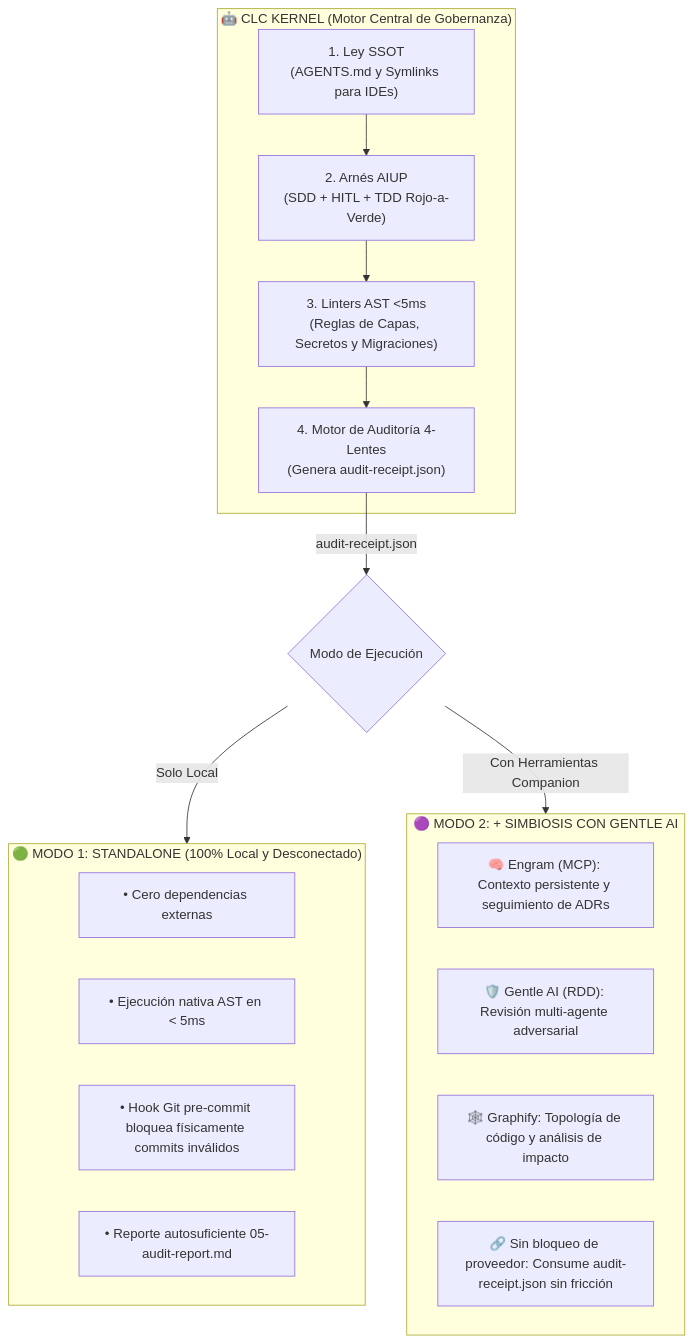
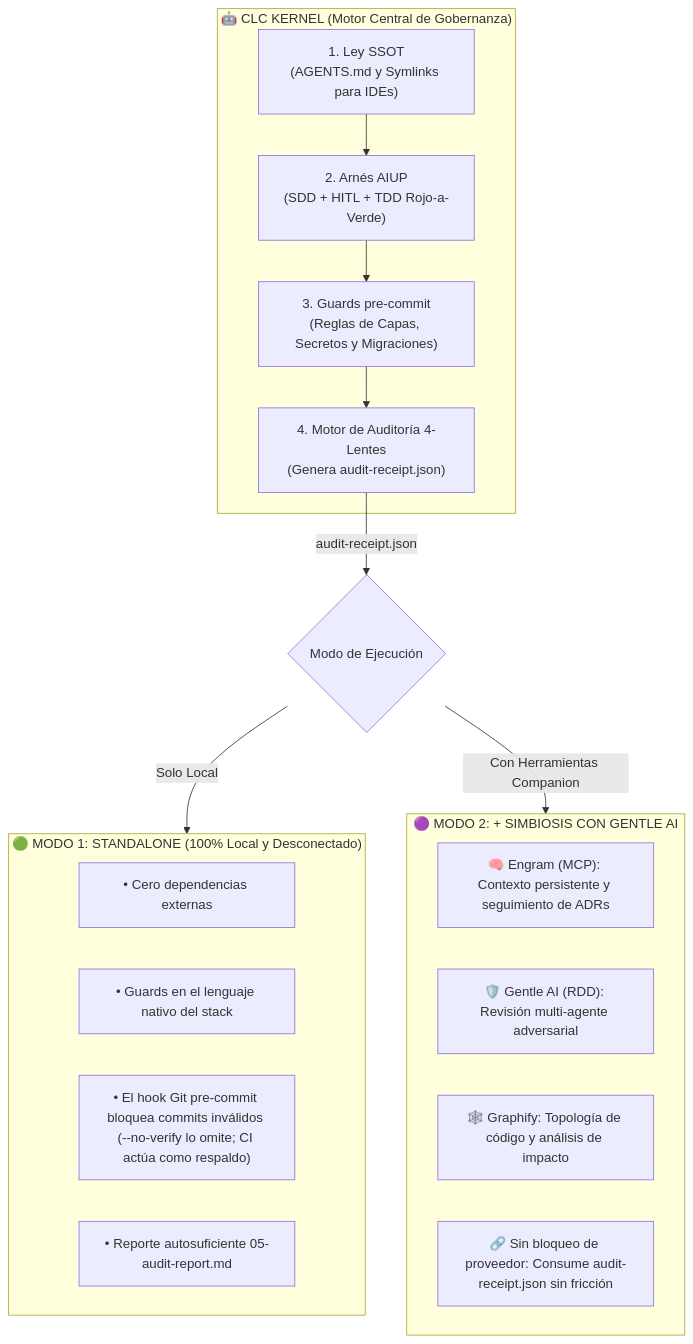
One commit to CarlosLeonCode/clckernel changed the diagram in README.es.md. Above: the diagram before and after it, drawn with Mermaid. The commit also changed other lines of this file and 36 other files, not shown here.

````diff
--- a/README.es.md
+++ b/README.es.md
@@ -208,29 +208,29 @@
 ```mermaid
 flowchart TD
   subgraph CORE["🤖 CLC KERNEL (Motor Central de Gobernanza)"]
     SSOT["1. Ley SSOT<br/>(AGENTS.md y Symlinks para IDEs)"]
     AIUP["2. Arnés AIUP<br/>(SDD + HITL + TDD Rojo-a-Verde)"]
-    AST["3. Linters AST &lt;5ms<br/>(Reglas de Capas, Secretos y Migraciones)"]
+    GUARDS["3. Guards pre-commit<br/>(Reglas de Capas, Secretos y Migraciones)"]
     RECEIPT["4. Motor de Auditoría 4-Lentes<br/>(Genera audit-receipt.json)"]
-    SSOT --> AIUP --> AST --> RECEIPT
+    SSOT --> AIUP --> GUARDS --> RECEIPT
   end
 
   RECEIPT -->|audit-receipt.json| MODES{Modo de Ejecución}
 
   subgraph MODE1["🟢 MODO 1: STANDALONE (100% Local y Desconectado)"]
     M1_1["• Cero dependencias externas"]
-    M1_2["• Ejecución nativa AST en &lt; 5ms"]
-    M1_3["• Hook Git pre-commit bloquea físicamente commits inválidos"]
+    M1_2["• Guards en el lenguaje nativo del stack"]
+    M1_3["• El hook Git pre-commit bloquea commits inválidos (--no-verify lo omite; CI actúa como respaldo)"]
     M1_4["• Reporte autosuficiente 05-audit-report.md"]
   end
 
   subgraph MODE2["🟣 MODO 2: + SIMBIOSIS CON GENTLE AI"]
     M2_1["🧠 Engram (MCP): Contexto persistente y seguimiento de ADRs"]
     M2_2["🛡️ Gentle AI (RDD): Revisión multi-agente adversarial"]
     M2_3["🕸️ Graphify: Topología de código y análisis de impacto"]
     M2_4["🔗 Sin bloqueo de proveedor: Consume audit-receipt.json sin fricción"]
   end
 
   MODES -->|Solo Local| MODE1
   MODES -->|Con Herramientas Companion| MODE2
 ```
````
